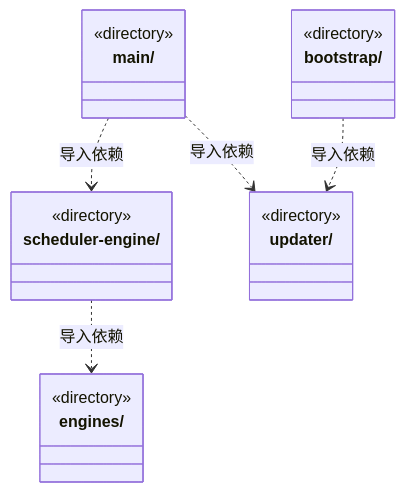
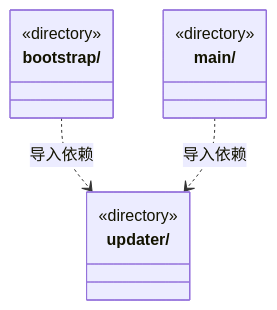
One commit to nan023062/cbim changed the first of 2 diagrams in src/backend/ARCHITECTURE.md. Above: the diagram before and after it, drawn with Mermaid. The commit also changed other lines of this file and 456 other files, not shown here.

````diff
--- a/src/backend/ARCHITECTURE.md
+++ b/src/backend/ARCHITECTURE.md
@@ -15,22 +15,14 @@
 ```mermaid
 classDiagram
 class N_src_backend_bootstrap["bootstrap/"] {
   <<directory>>
 }
-class N_src_backend_engines["engines/"] {
-  <<directory>>
-}
 class N_src_backend_main["main/"] {
-  <<directory>>
-}
-class N_src_backend_scheduler_engine["scheduler-engine/"] {
   <<directory>>
 }
 class N_src_backend_updater["updater/"] {
   <<directory>>
 }
 N_src_backend_bootstrap ..> N_src_backend_updater : 导入依赖
-N_src_backend_main ..> N_src_backend_scheduler_engine : 导入依赖
 N_src_backend_main ..> N_src_backend_updater : 导入依赖
-N_src_backend_scheduler_engine ..> N_src_backend_engines : 导入依赖
 ```
````
